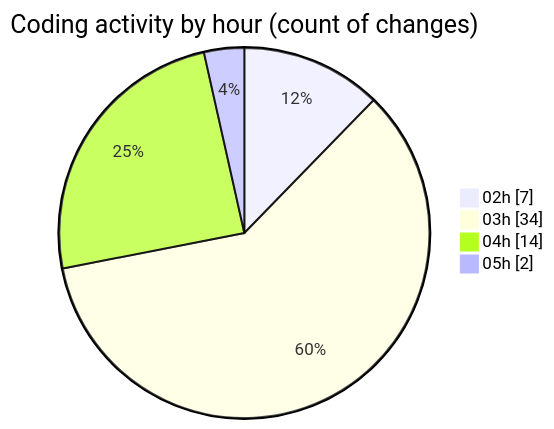
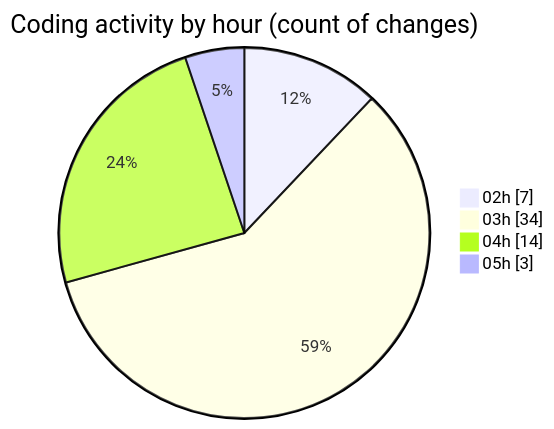
The second of 2 diagrams in 2025-05-29/kimberly-groups/README.md (JenPaints/code-tracking), drawn with Mermaid before and after one commit. The commit also changed other lines of this file and 1 other file, not shown here.

````diff
--- a/2025-05-29/kimberly-groups/README.md
+++ b/2025-05-29/kimberly-groups/README.md
@@ -36,8 +36,8 @@
 ```mermaid
 pie showData
 title Coding activity by hour (count of changes)
 "02h" : 7
 "03h" : 34
 "04h" : 14
-"05h" : 2
+"05h" : 3
 ```
````
